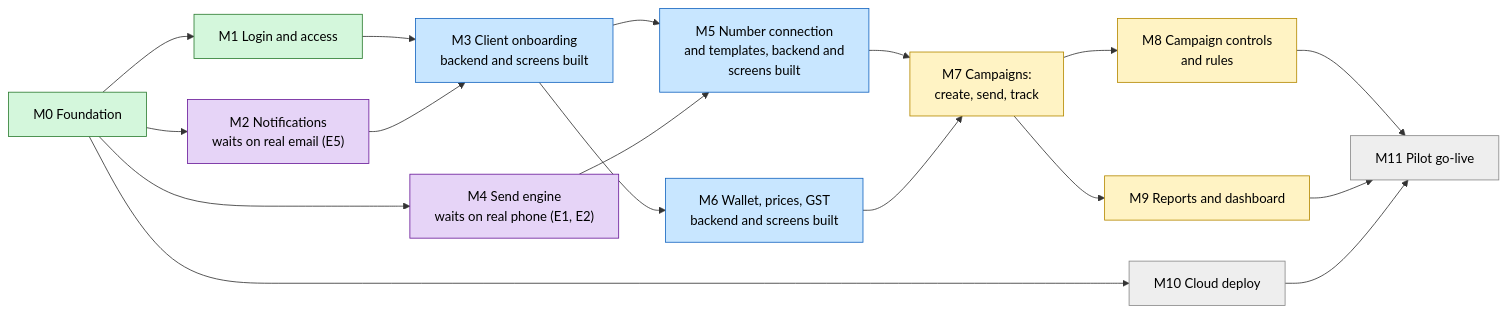
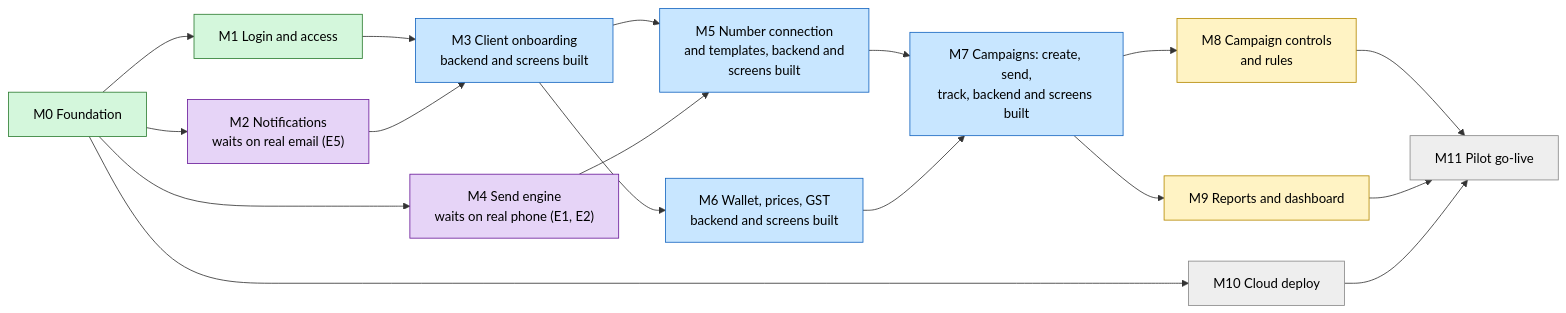
The diagram in docs/project-tracker.md (reaplift/reaplift-bsp), drawn with Mermaid before and after one commit. The commit also changed other lines of this file and 21 other files, not shown here.

````diff
--- a/docs/project-tracker.md
+++ b/docs/project-tracker.md
@@ -19,38 +19,38 @@
 ```mermaid
 flowchart LR
   M0["M0 Foundation"]:::done
   M1["M1 Login and access"]:::done
   M2["M2 Notifications<br/>waits on real email (E5)"]:::waiting
   M3["M3 Client onboarding<br/>backend and screens built"]:::review
   M4["M4 Send engine<br/>waits on real phone (E1, E2)"]:::waiting
   M5["M5 Number connection<br/>and templates, backend and<br/>screens built"]:::review
   M6["M6 Wallet, prices, GST<br/>backend and screens built"]:::review
-  M7["M7 Campaigns:<br/>create, send, track"]:::backend
+  M7["M7 Campaigns: create, send,<br/>track, backend and screens built"]:::review
   M8["M8 Campaign controls<br/>and rules"]:::backend
   M9["M9 Reports and dashboard"]:::backend
   M10["M10 Cloud deploy"]:::todo
   M11["M11 Pilot go-live"]:::todo
 
   M0 --> M1
   M0 --> M2
   M0 --> M4
   M0 --> M10
   M1 --> M3
   M2 --> M3
   M3 --> M5
   M4 --> M5
   M3 --> M6
   M5 --> M7
   M6 --> M7
   M7 --> M8
   M7 --> M9
   M8 --> M11
   M9 --> M11
   M10 --> M11
 
   classDef done fill:#d4f7dc,stroke:#2e7d32,color:#000
   classDef review fill:#c8e6ff,stroke:#1565c0,color:#000
   classDef waiting fill:#e6d4f7,stroke:#6a1b9a,color:#000
   classDef backend fill:#fff3c4,stroke:#b58900,color:#000
   classDef todo fill:#eeeeee,stroke:#888,color:#000
 ```
````
